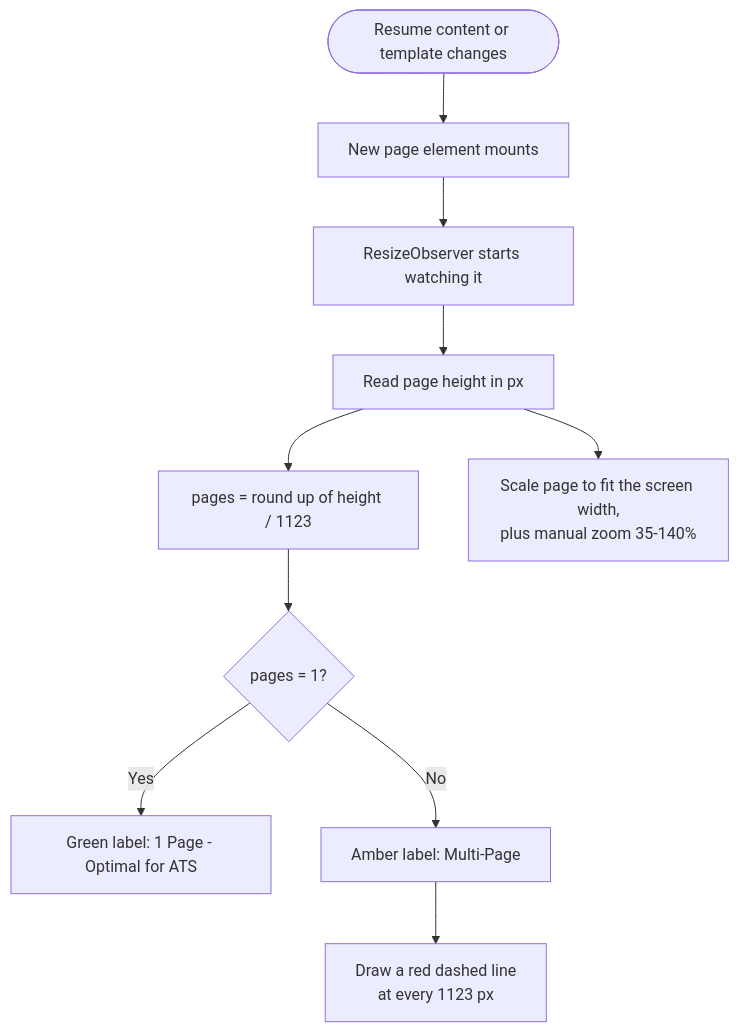
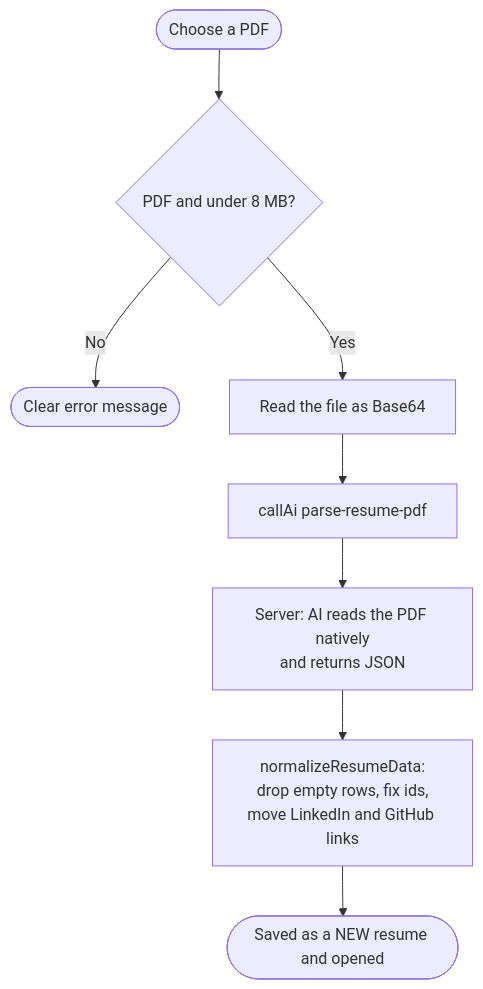
Diagram 18 of 30 in doc/04-FLOWCHARTS.md (silent-coder-dev/ai-resume-builder), drawn with Mermaid before and after one commit. The commit also changed other lines of this file and 122 other files, not shown here.

````diff
--- a/doc/04-FLOWCHARTS.md
+++ b/doc/04-FLOWCHARTS.md
@@ -366,12 +453,10 @@
 ```mermaid
 flowchart TD
-    A(["Resume content or template changes"]) --> B["New page element mounts"]
-    B --> C["ResizeObserver starts watching it"]
-    C --> D["Read page height in px"]
-    D --> E["pages = round up of height / 1123"]
-    E --> F{"pages = 1?"}
-    F -->|Yes| G["Green label: 1 Page - Optimal for ATS"]
-    F -->|No| H["Amber label: Multi-Page"]
-    H --> I["Draw a red dashed line<br/>at every 1123 px"]
-    D --> J["Scale page to fit the screen width,<br/>plus manual zoom 35-140%"]
+    A(["Choose a PDF"]) --> B{"PDF and under 8 MB?"}
+    B -->|No| E(["Clear error message"])
+    B -->|Yes| C["Read the file as Base64"]
+    C --> D["callAi parse-resume-pdf"]
+    D --> S["Server: AI reads the PDF natively<br/>and returns JSON"]
+    S --> N["normalizeResumeData:<br/>drop empty rows, fix ids,<br/>move LinkedIn and GitHub links"]
+    N --> NEW(["Saved as a NEW resume and opened"])
 ```
````
